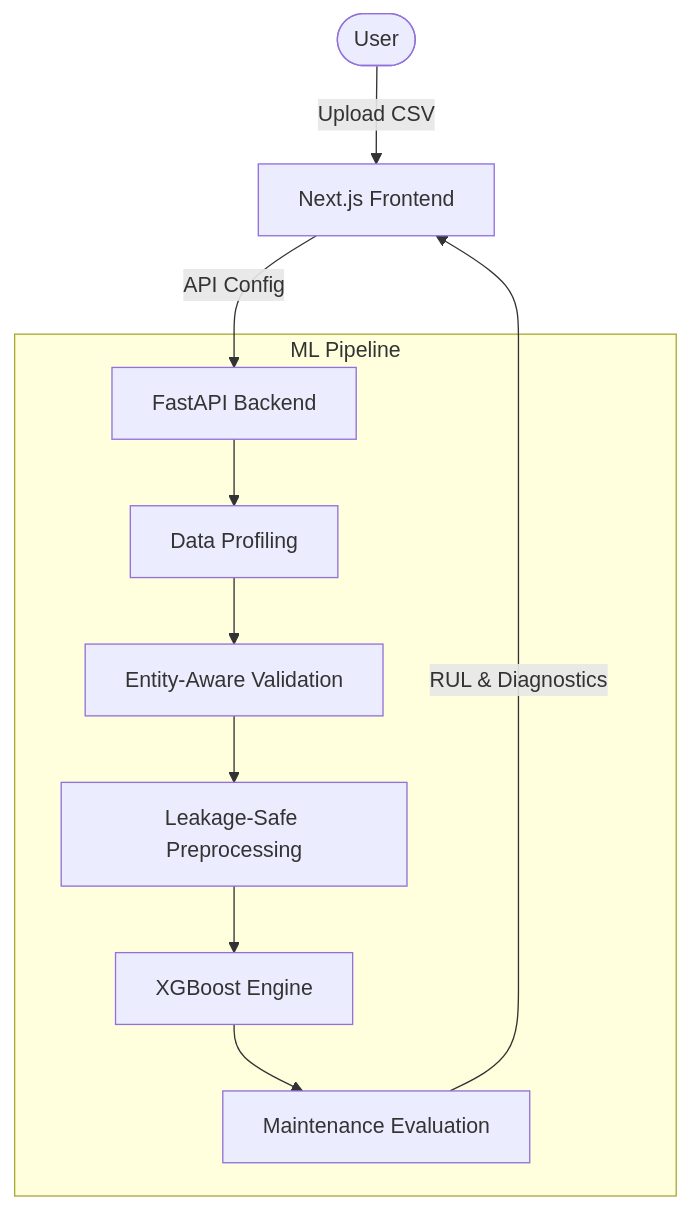
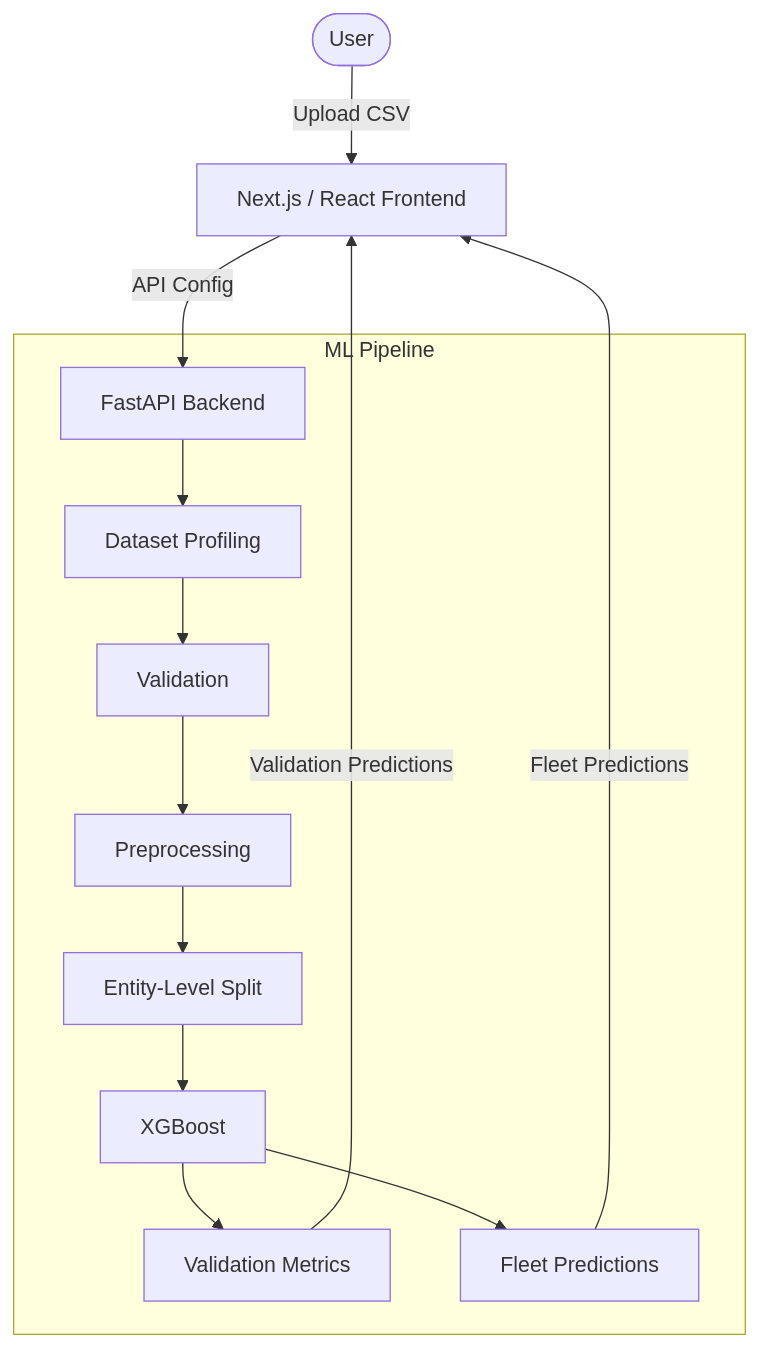
Before and after one commit to aryan-gaikwad30/predictive-engine-rul: the diagram in README.md, drawn with Mermaid. The commit also changed other lines of this file and 5 other files, not shown here.

````diff
--- a/README.md
+++ b/README.md
@@ -14,15 +21,18 @@
 ```mermaid
 graph TD
-    User([User]) -->|Upload CSV| Frontend[Next.js Frontend]
+    User([User]) -->|Upload CSV| Frontend[Next.js / React Frontend]
     Frontend -->|API Config| Backend[FastAPI Backend]
     
     subgraph ML Pipeline
-        Backend --> Profiling[Data Profiling]
-        Profiling --> Validation[Entity-Aware Validation]
-        Validation --> Preprocessing[Leakage-Safe Preprocessing]
-        Preprocessing --> ML[XGBoost Engine]
-        ML --> Eval[Maintenance Evaluation]
+        Backend --> Profiling[Dataset Profiling]
+        Profiling --> Validation[Validation]
+        Validation --> Preprocessing[Preprocessing]
+        Preprocessing --> Split[Entity-Level Split]
+        Split --> XGBoost[XGBoost]
+        XGBoost --> EvalMetrics[Validation Metrics]
+        XGBoost --> Fleet[Fleet Predictions]
     end
     
-    Eval -->|RUL & Diagnostics| Frontend
+    EvalMetrics -->|Validation Predictions| Frontend
+    Fleet -->|Fleet Predictions| Frontend
 ```
````
